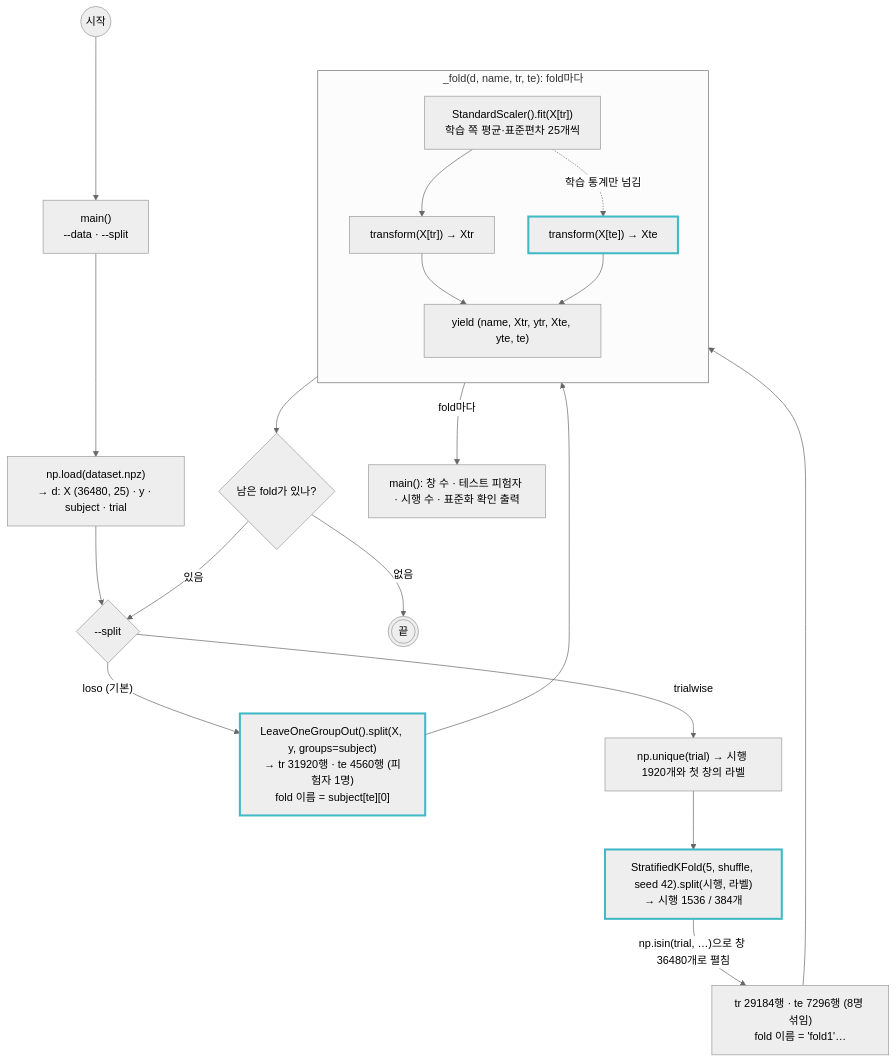
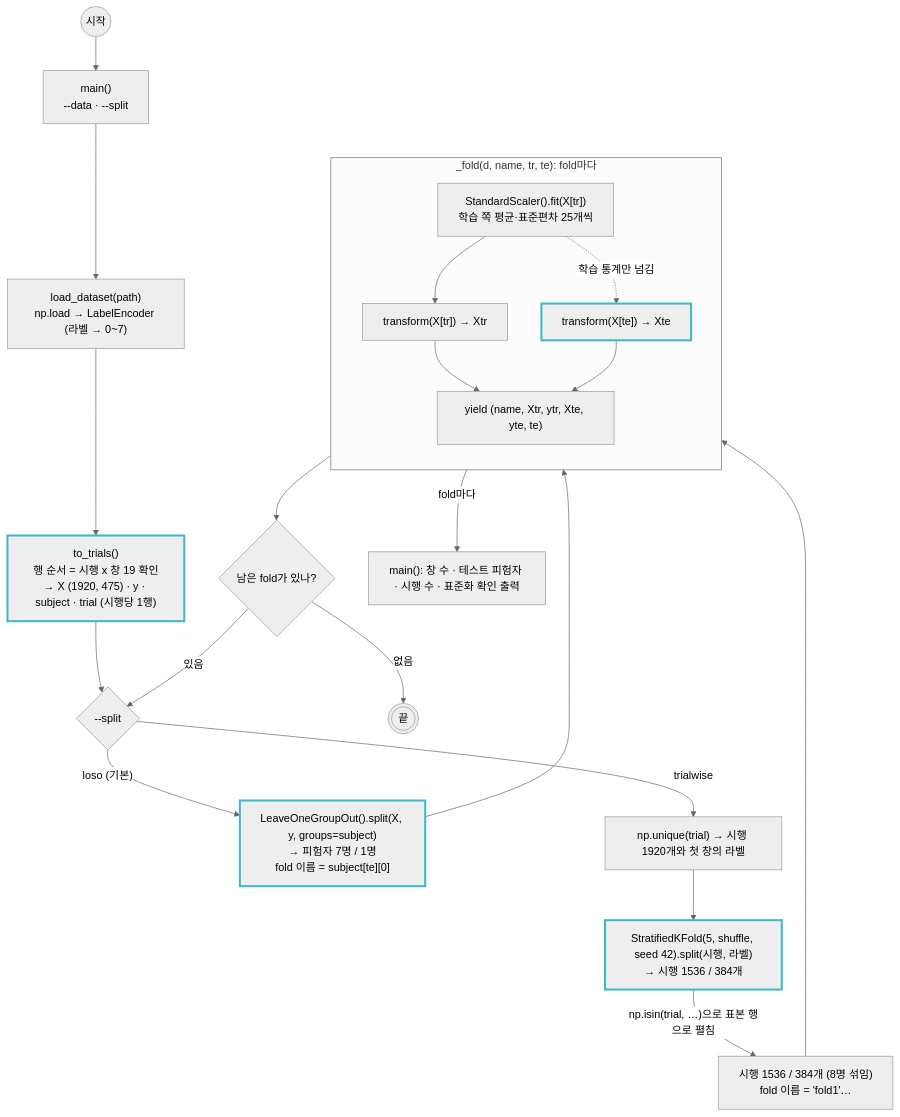
Before and after one commit to wm-shin/semg_arm_pred: the diagram in docs/loso.md, drawn with Mermaid (neutral theme). The commit also changed other lines of this file and 24 other files, not shown here.

````diff
--- a/docs/loso.md
+++ b/docs/loso.md
@@ -15,31 +21,33 @@
 ```mermaid
 flowchart TD
     start((시작)) --> M["main()<br/>--data · --split"]
-    M --> L["np.load(dataset.npz)<br/>→ d: X (36480, 25) · y · subject · trial"]
-    L --> SW{"--split"}
+    M --> L["load_dataset(path)<br/>np.load → LabelEncoder (라벨 → 0~7)"]
+    L --> TT["to_trials()<br/>행 순서 = 시행 x 창 19 확인<br/>→ X (1920, 475) · y · subject · trial (시행당 1행)"]
+    TT --> SW{"--split"}
 
-    SW -- "loso (기본)" --> LS["LeaveOneGroupOut().split(X, y, groups=subject)<br/>→ tr 31920행 · te 4560행 (피험자 1명)<br/>fold 이름 = subject[te][0]"]
+    SW -- "loso (기본)" --> LS["LeaveOneGroupOut().split(X, y, groups=subject)<br/>→ 피험자 7명 / 1명<br/>fold 이름 = subject[te][0]"]
     SW -- "trialwise" --> TU["np.unique(trial) → 시행 1920개와 첫 창의 라벨"]
     TU --> TS["StratifiedKFold(5, shuffle, seed 42).split(시행, 라벨)<br/>→ 시행 1536 / 384개"]
-    TS -- "np.isin(trial, …)으로 창 36480개로 펼침" --> TE["tr 29184행 · te 7296행 (8명 섞임)<br/>fold 이름 = 'fold1'…"]
+    TS -- "np.isin(trial, …)으로 표본 행으로 펼침" --> TE["시행 1536 / 384개 (8명 섞임)<br/>fold 이름 = 'fold1'…"]
 
     subgraph F["_fold(d, name, tr, te): fold마다"]
         direction TB
         FIT["StandardScaler().fit(X[tr])<br/>학습 쪽 평균·표준편차 25개씩"]
         FIT --> TR["transform(X[tr]) → Xtr"]
         FIT -. "학습 통계만 넘김" .-> TTE["transform(X[te]) → Xte"]
         TR --> Y["yield (name, Xtr, ytr, Xte, yte, te)"]
         TTE --> Y
     end
 
     LS --> F
     TE --> F
     Y --> D{"남은 fold가 있나?"}
     D -- "있음" --> SW
     Y -- "fold마다" --> OUT["main(): 창 수 · 테스트 피험자 · 시행 수 · 표준화 확인 출력"]
     D -- "없음" --> stop(((끝)))
 
+    style TT stroke:#3fb9c4,stroke-width:3px
     style LS stroke:#3fb9c4,stroke-width:3px
     style TS stroke:#3fb9c4,stroke-width:3px
     style TTE stroke:#3fb9c4,stroke-width:3px
 ```
````
